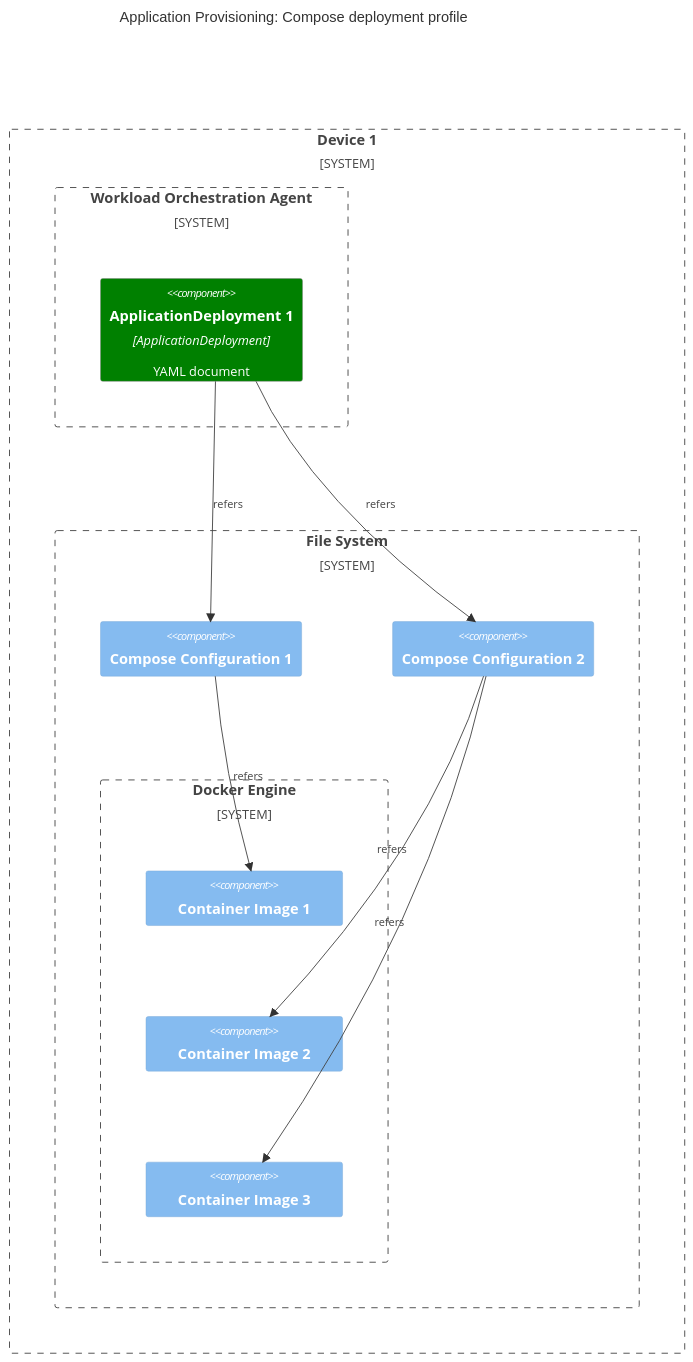
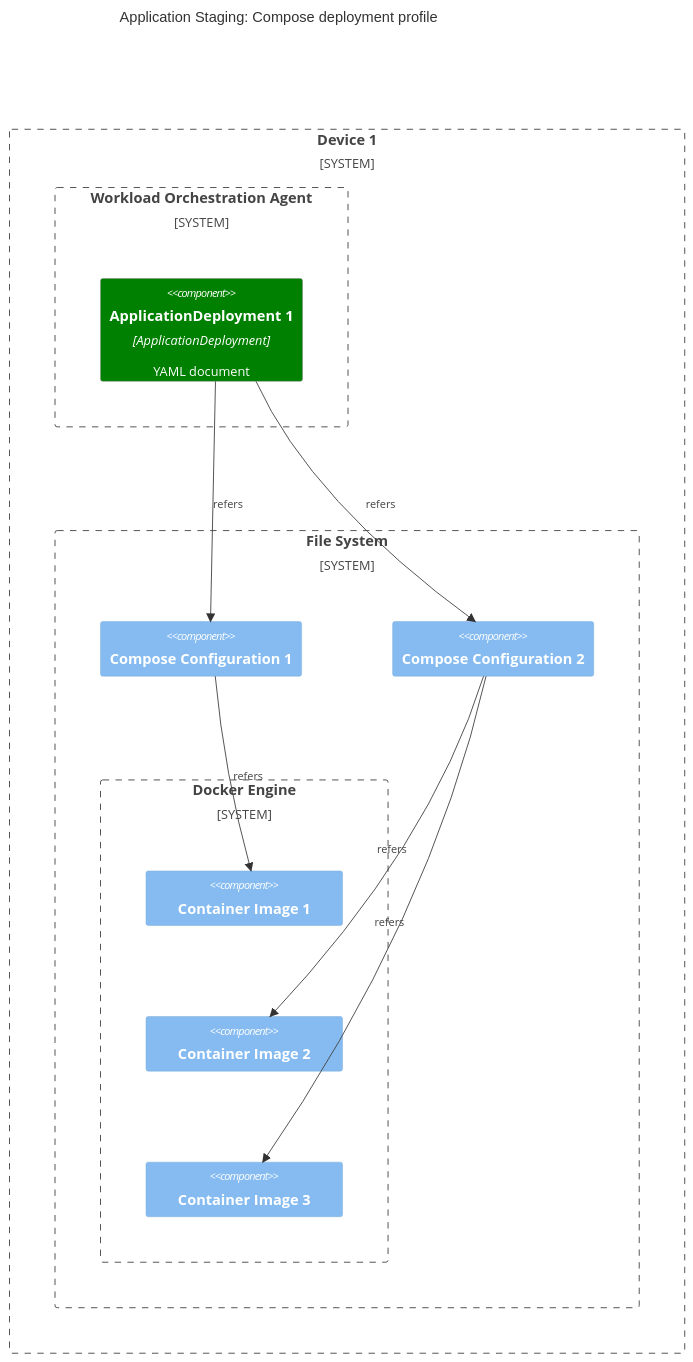
Before and after one commit to margo/specification: the seventh of 10 diagrams in system-design/margo-overview/software-composition.md, drawn with Mermaid. The commit also changed other lines of this file, not shown here.

````diff
--- a/system-design/margo-overview/software-composition.md
+++ b/system-design/margo-overview/software-composition.md
@@ -306,30 +306,30 @@
 ```mermaid
 C4Component
-    title Application Provisioning: Compose deployment profile
+    title Application Staging: Compose deployment profile
 
     UpdateLayoutConfig($c4BoundaryInRow="3", $c4ShapeInRow="1")
 
     System_Boundary(dev1, "Device 1") {
         System_Boundary(woa1, "Workload Orchestration Agent") {
             Component(atb1, "ApplicationDeployment 1", "ApplicationDeployment", "YAML document")
         }
 
         System_Boundary(fs1, "File System") {
             Component(cc1, "Compose Configuration 1")
             Component(cc2, "Compose Configuration 2")
             System_Boundary(doc1, "Docker Engine") {
                 Component(cim1, "Container Image 1")
                 Component(cim2, "Container Image 2")
                 Component(cim3, "Container Image 3")
             }
         }
     }
 
     Rel(atb1, cc1, "refers")
     Rel(atb1, cc2, "refers")
     Rel(cc1, cim1, "refers")
     Rel(cc2, cim2, "refers")
     Rel(cc2, cim3, "refers")
 
     UpdateElementStyle(atb1, $fontColor="white", $bgColor="green", $borderColor="grey")
 ```
````
